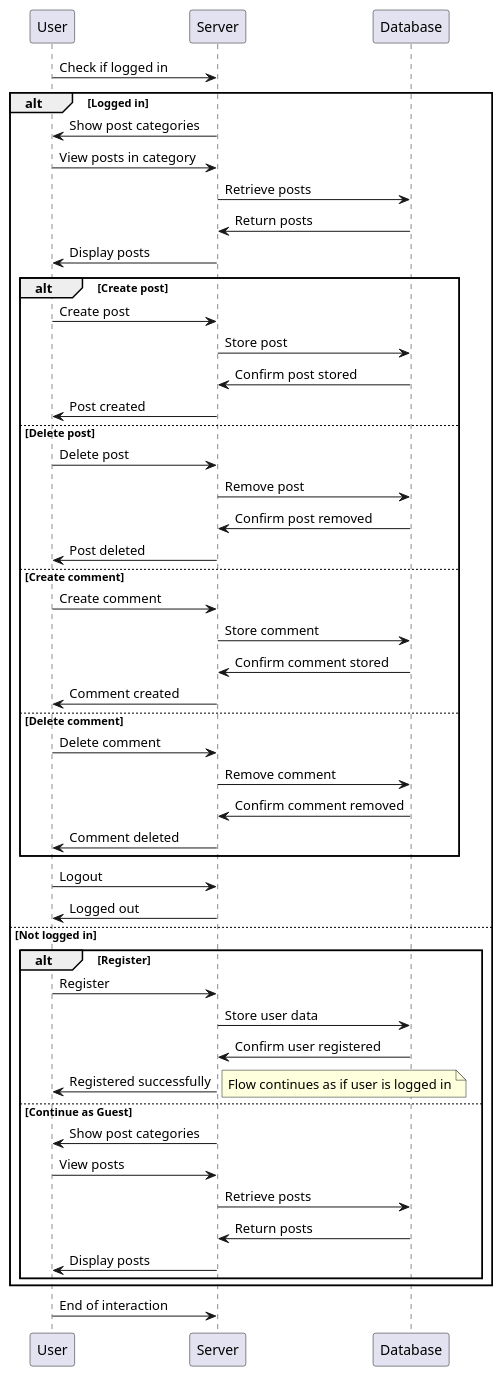
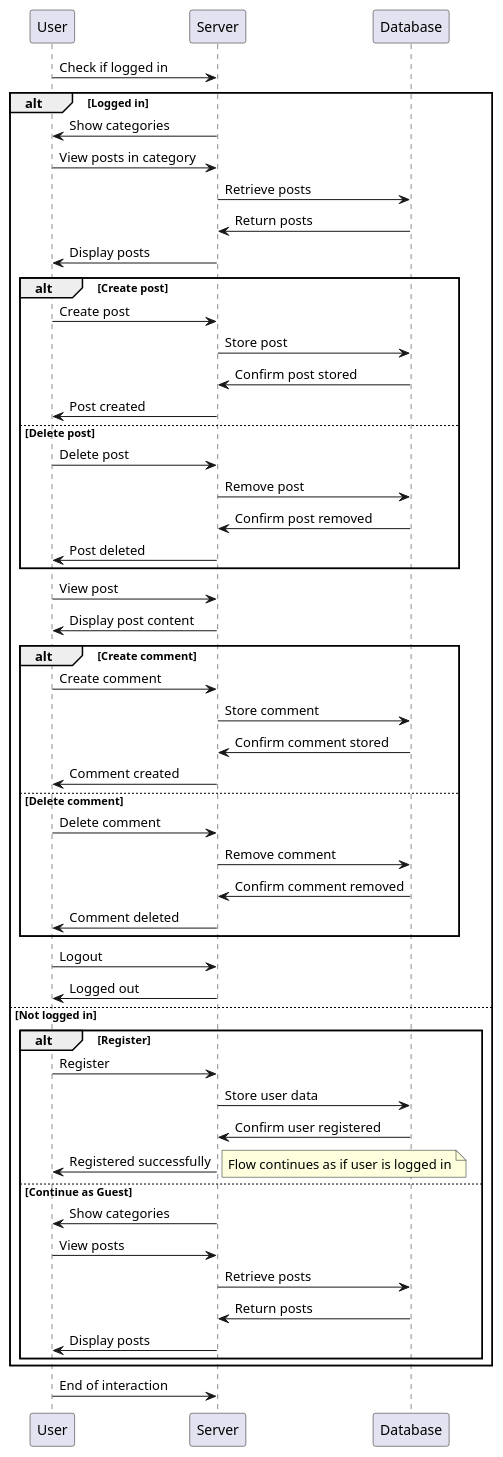
One commit to Y0S3FXD/htdocs changed the diagram in simple-php-boilerplate-master/Notes and Everything else/Squence_Diagram.puml. Above: the diagram before and after it, drawn with PlantUML.

Commit message:
sequence diagram update

```diff
--- a/simple-php-boilerplate-master/Notes and Everything else/Squence_Diagram.puml
+++ b/simple-php-boilerplate-master/Notes and Everything else/Squence_Diagram.puml
@@ -1,55 +1,58 @@
 @startuml
 
 participant User
 participant Server
 participant Database
 
 User -> Server: Check if logged in
 alt Logged in
-    Server -> User: Show post categories
+    Server -> User: Show categories
     User -> Server: View posts in category
     Server -> Database: Retrieve posts
     Database -> Server: Return posts
     Server -> User: Display posts
     alt Create post
         User -> Server: Create post
         Server -> Database: Store post
         Database -> Server: Confirm post stored
         Server -> User: Post created
     else Delete post
         User -> Server: Delete post
         Server -> Database: Remove post
         Database -> Server: Confirm post removed
         Server -> User: Post deleted
-    else Create comment
+    end
+    User -> Server: View post
+    Server -> User: Display post content
+    alt Create comment
         User -> Server: Create comment
         Server -> Database: Store comment
         Database -> Server: Confirm comment stored
         Server -> User: Comment created
     else Delete comment
         User -> Server: Delete comment
         Server -> Database: Remove comment
         Database -> Server: Confirm comment removed
         Server -> User: Comment deleted
     end
     User -> Server: Logout
     Server -> User: Logged out
 else Not logged in
     alt Register
         User -> Server: Register
         Server -> Database: Store user data
         Database -> Server: Confirm user registered
         Server -> User: Registered successfully
         note right: Flow continues as if user is logged in
     else Continue as Guest
-        Server -> User: Show post categories
+        Server -> User: Show categories
         User -> Server: View posts
         Server -> Database: Retrieve posts
         Database -> Server: Return posts
         Server -> User: Display posts
     end
 end
 
 User -> Server: End of interaction
 
 @enduml
```
